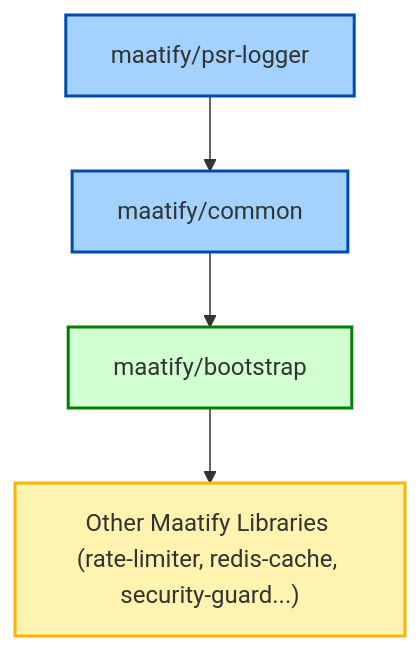
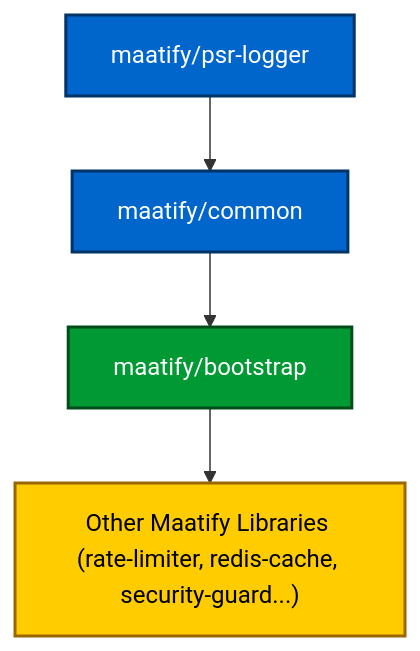
Before and after one commit to Maatify/bootstrap: the diagram in README-AR.md, drawn with Mermaid. The commit also changed 1 other file, not shown here.

````diff
--- a/README-AR.md
+++ b/README-AR.md
@@ -85,11 +85,12 @@
 ```mermaid
-graph TD 
-    A[maatify/psr-logger]:::core --> B[maatify/common]:::core 
-    B --> C[maatify/bootstrap]:::main 
-    C --> D["Other Maatify Libraries (rate-limiter, redis-cache, security-guard...)"]:::ext 
-    
-    classDef core fill:#a3d2ff,stroke:#004aad,stroke-width:2px; 
-    classDef main fill:#d1ffd1,stroke:#008000,stroke-width:2px; 
-    classDef ext fill:#fff3b0,stroke:#ffb300,stroke-width:2px; 
+graph TD
+    A[maatify/psr-logger]:::core --> B[maatify/common]:::core
+    B --> C[maatify/bootstrap]:::main
+    C --> D["Other Maatify Libraries (rate-limiter, redis-cache, security-guard...)"]:::ext
+
+    classDef core fill:#0066cc,color:#ffffff,stroke:#003366,stroke-width:2px;
+    classDef main fill:#009933,color:#ffffff,stroke:#004d1a,stroke-width:2px;
+    classDef ext fill:#ffcc00,color:#000000,stroke:#996600,stroke-width:2px;
+
 
 ```
````
